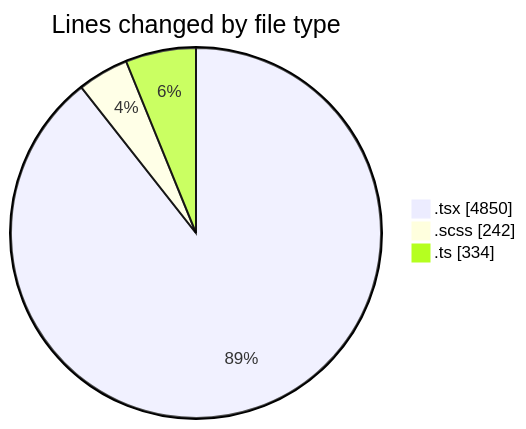
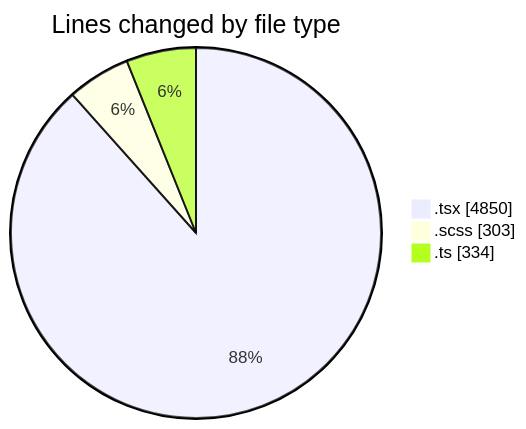
Before and after one commit to momahboobian/code-tracking: the first of 2 diagrams in 2025-07-03/cda/README.md, drawn with Mermaid. The commit also changed other lines of this file and 1 other file, not shown here.

````diff
--- a/2025-07-03/cda/README.md
+++ b/2025-07-03/cda/README.md
@@ -38,7 +38,7 @@
 ```mermaid
 pie showData
 title Lines changed by file type
 ".tsx" : 4850
-".scss" : 242
+".scss" : 303
 ".ts" : 334
 ```
````
